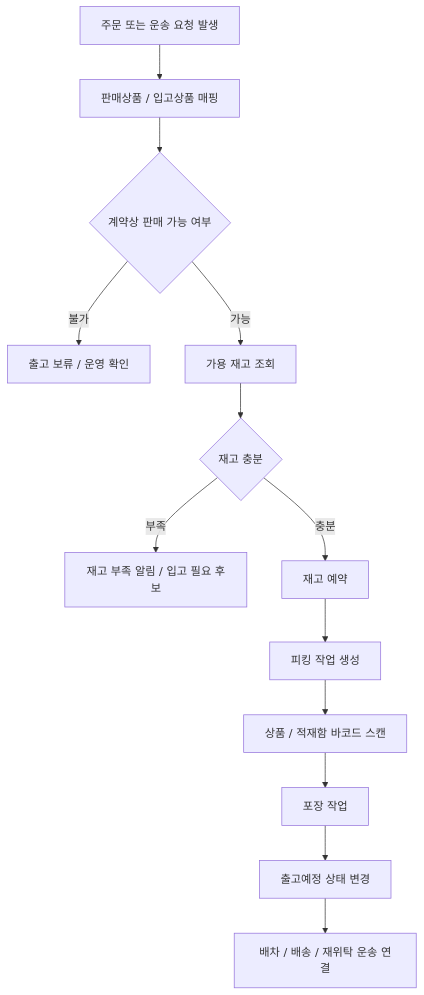
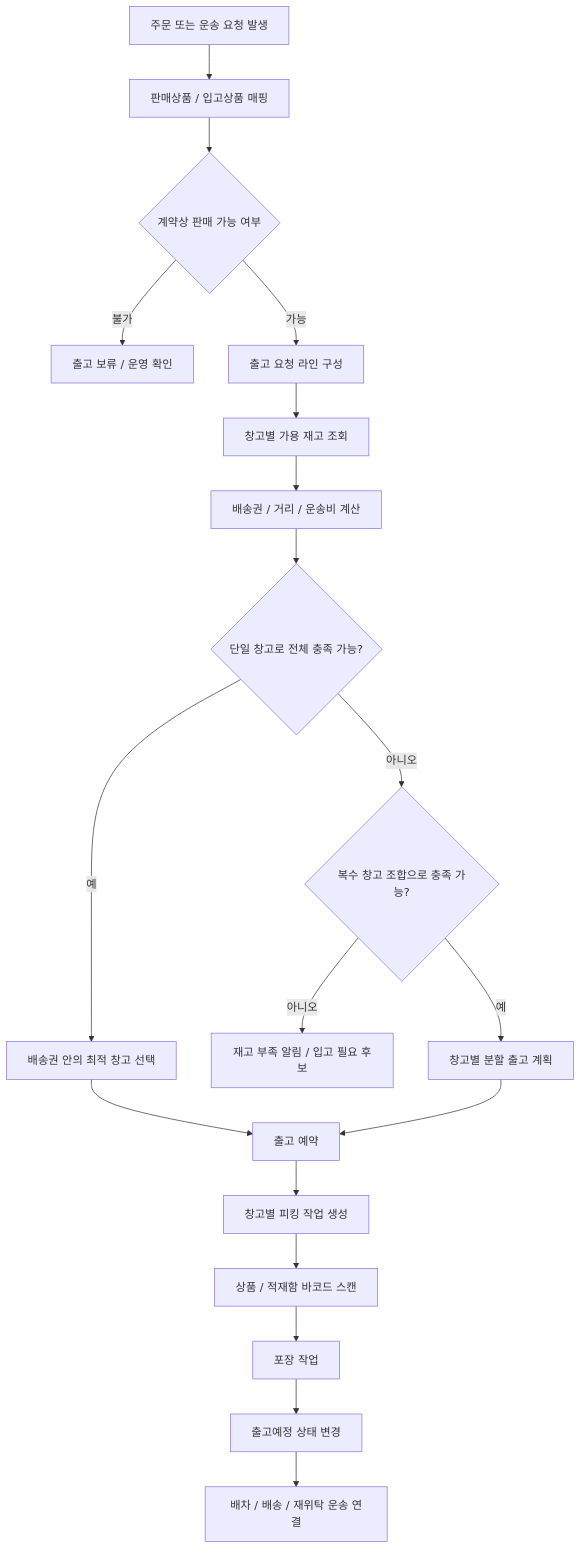
One commit to cheolwo/hongdal changed the third of 5 diagrams in docs/ProjectOverview/warehouse-flows.md. Above: the diagram before and after it, drawn with Mermaid. The commit also changed other lines of this file and 177 other files, not shown here.

````diff
--- a/docs/ProjectOverview/warehouse-flows.md
+++ b/docs/ProjectOverview/warehouse-flows.md
@@ -49,15 +64,21 @@
 ```mermaid
 flowchart TD
     A["주문 또는 운송 요청 발생"] --> B["판매상품 / 입고상품 매핑"]
     B --> C{"계약상 판매 가능 여부"}
     C -->|불가| X["출고 보류 / 운영 확인"]
-    C -->|가능| D["가용 재고 조회"]
-    D --> E{"재고 충분"}
-    E -->|부족| Y["재고 부족 알림 / 입고 필요 후보"]
-    E -->|충분| F["재고 예약"]
-    F --> G["피킹 작업 생성"]
-    G --> H["상품 / 적재함 바코드 스캔"]
-    H --> I["포장 작업"]
-    I --> J["출고예정 상태 변경"]
-    J --> K["배차 / 배송 / 재위탁 운송 연결"]
+    C -->|가능| D["출고 요청 라인 구성"]
+    D --> E["창고별 가용 재고 조회"]
+    E --> F["배송권 / 거리 / 운송비 계산"]
+    F --> G{"단일 창고로 전체 충족 가능?"}
+    G -->|예| H["배송권 안의 최적 창고 선택"]
+    G -->|아니오| I{"복수 창고 조합으로 충족 가능?"}
+    I -->|아니오| Y["재고 부족 알림 / 입고 필요 후보"]
+    I -->|예| J["창고별 분할 출고 계획"]
+    H --> K["출고 예약"]
+    J --> K
+    K --> L["창고별 피킹 작업 생성"]
+    L --> M["상품 / 적재함 바코드 스캔"]
+    M --> N["포장 작업"]
+    N --> O["출고예정 상태 변경"]
+    O --> P["배차 / 배송 / 재위탁 운송 연결"]
 ```
````
